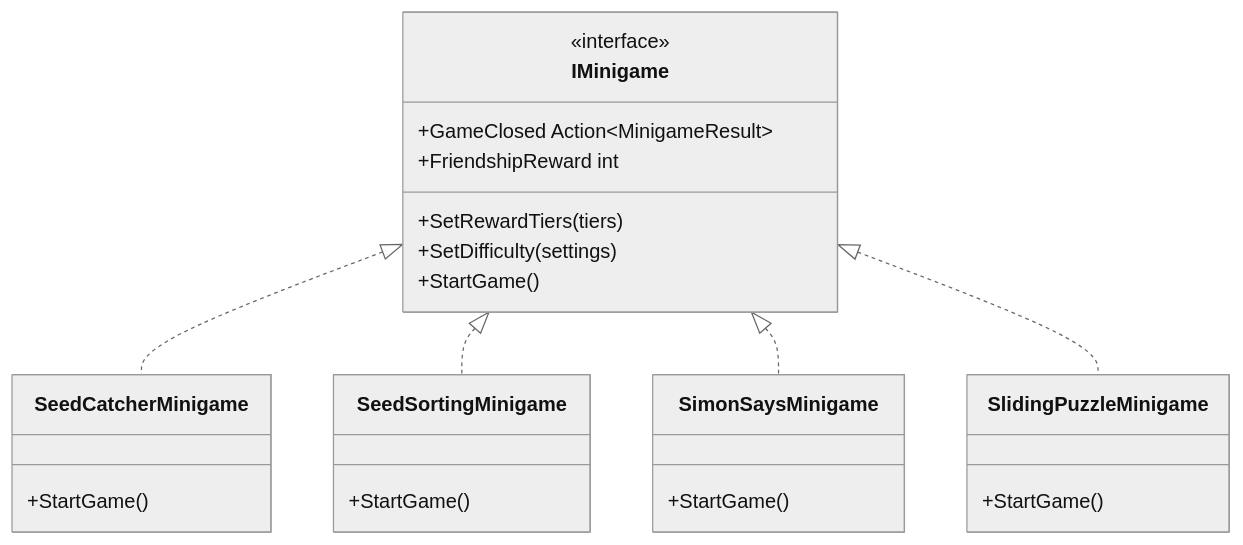
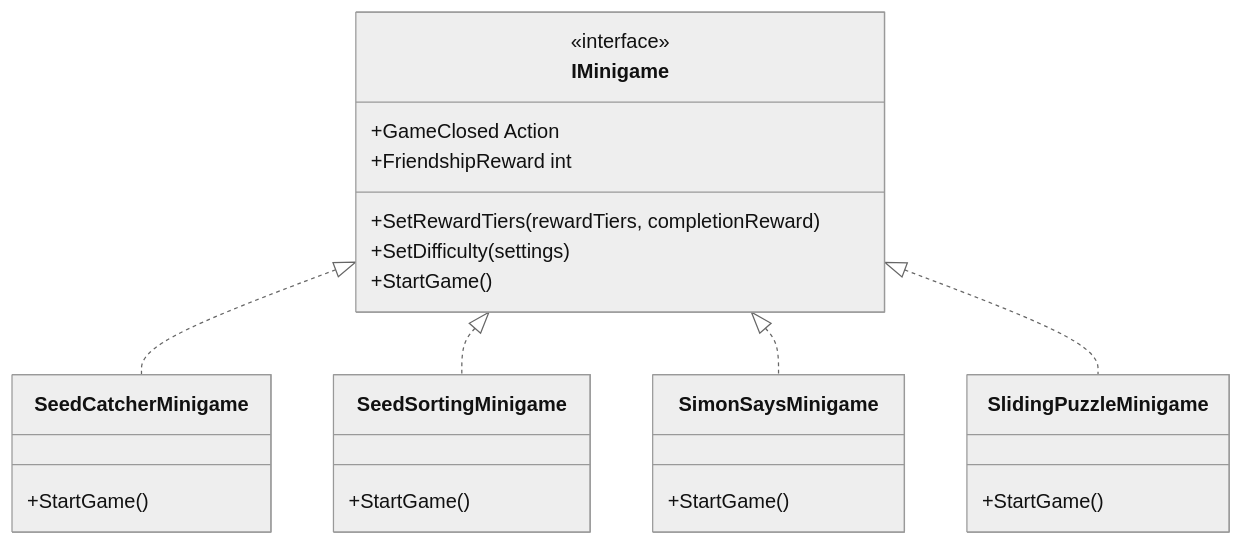
Before and after one commit to kitoss1/Birdie: diagram 12 of 14 in docs/product/architecture.md, drawn with Mermaid (neutral theme). The commit also changed other lines of this file and 3 other files, not shown here.

````diff
--- a/docs/product/architecture.md
+++ b/docs/product/architecture.md
@@ -560,29 +582,29 @@
 ```mermaid
 classDiagram
     class IMinigame {
         <<interface>>
-        +GameClosed Action~MinigameResult~
+        +GameClosed Action
         +FriendshipReward int
-        +SetRewardTiers(tiers)
+        +SetRewardTiers(rewardTiers, completionReward)
         +SetDifficulty(settings)
         +StartGame()
     }
 
     class SeedCatcherMinigame {
         +StartGame()
     }
     class SeedSortingMinigame {
         +StartGame()
     }
     class SimonSaysMinigame {
         +StartGame()
     }
     class SlidingPuzzleMinigame {
         +StartGame()
     }
 
     IMinigame <|.. SeedCatcherMinigame
     IMinigame <|.. SeedSortingMinigame
     IMinigame <|.. SimonSaysMinigame
     IMinigame <|.. SlidingPuzzleMinigame
 ```
````
